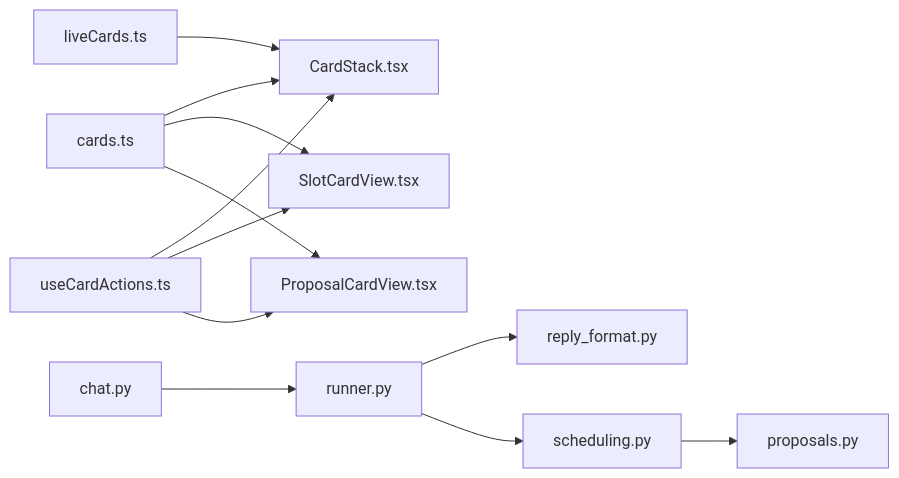
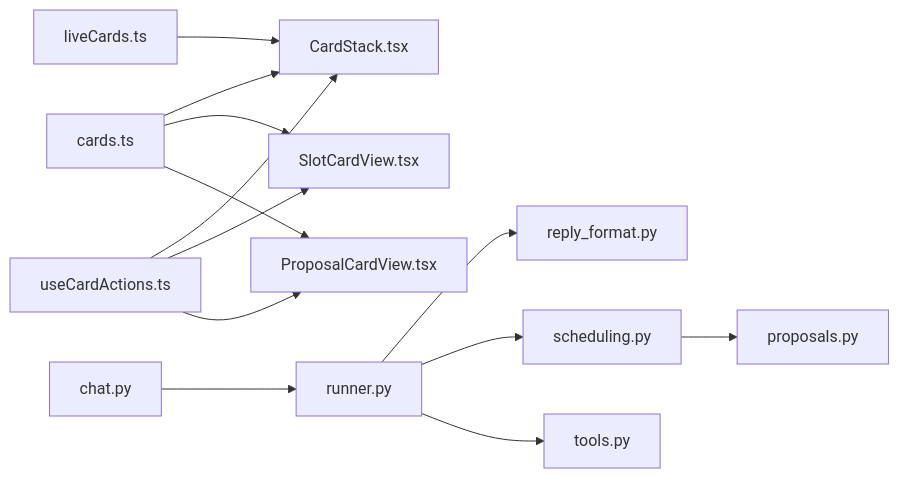
One commit to gokulkaarthicks/dental-chatbot changed diagram 11 of 11 in .qoder/repowiki/en/content/AI Agent System/Conversation Runner/Card Management System.md. Above: the diagram before and after it, drawn with Mermaid. The commit also changed other lines of this file and 280 other files, not shown here.

````diff
--- a/.qoder/repowiki/en/content/AI Agent System/Conversation Runner/Card Management System.md
+++ b/.qoder/repowiki/en/content/AI Agent System/Conversation Runner/Card Management System.md
@@ -491,14 +539,15 @@
 ```mermaid
 graph LR
 CardsTS["cards.ts"] --> CardStackTSX["CardStack.tsx"]
 CardsTS --> SlotCardViewTSX["SlotCardView.tsx"]
 CardsTS --> ProposalCardViewTSX["ProposalCardView.tsx"]
 LiveCardsTS["liveCards.ts"] --> CardStackTSX
 UseCardActionsTS["useCardActions.ts"] --> CardStackTSX
 UseCardActionsTS --> SlotCardViewTSX
 UseCardActionsTS --> ProposalCardViewTSX
 ChatPY["chat.py"] --> RunnerPY["runner.py"]
 RunnerPY --> ReplyFormatPY["reply_format.py"]
 RunnerPY --> SchedulingPY["scheduling.py"]
+RunnerPY --> ToolsPY["tools.py"]
 SchedulingPY --> ProposalsPY["proposals.py"]
 ```
````
